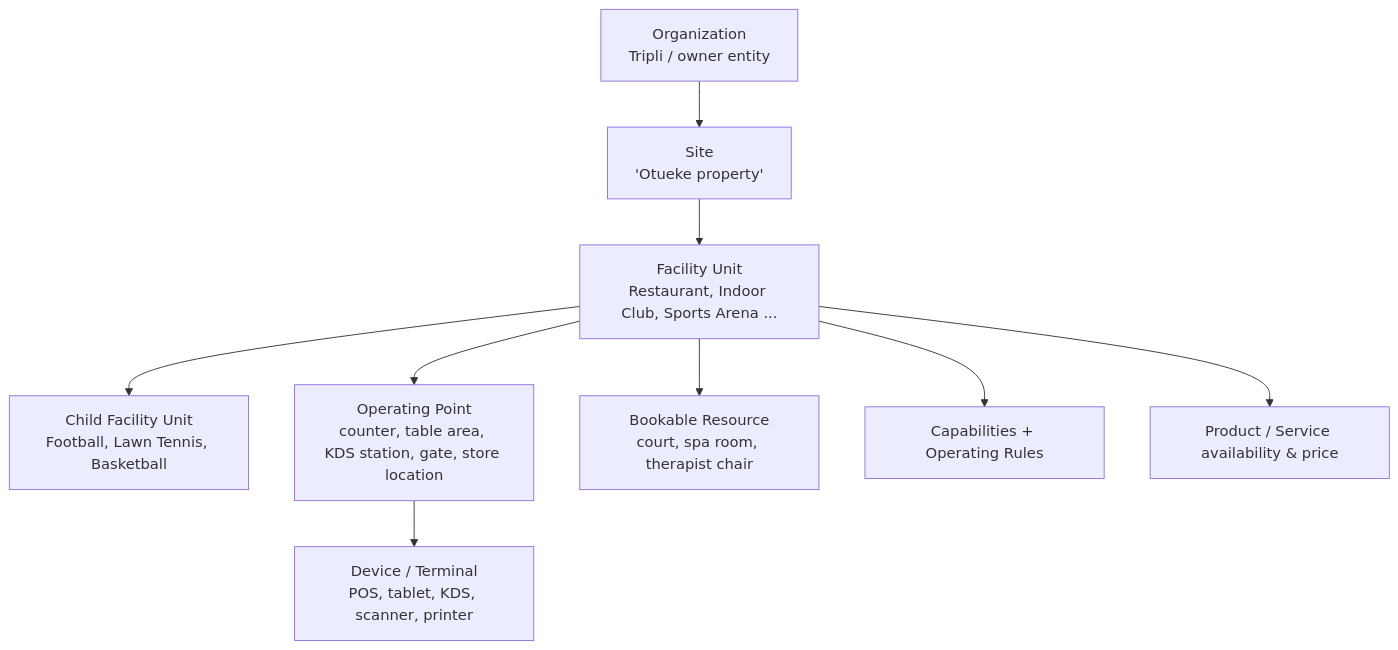
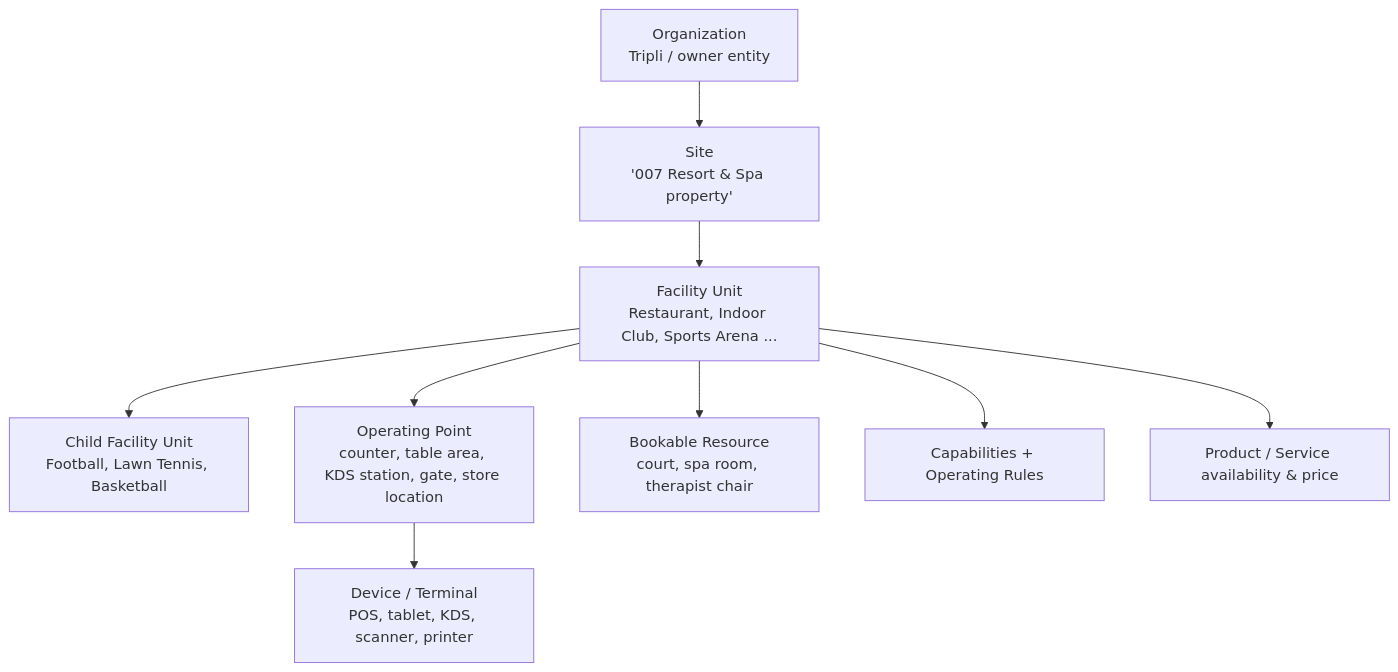
Before and after one commit to prinzderick/007resort-docs: the first of 5 diagrams in architecture/03-domain-model.md, drawn with Mermaid. The commit also changed 33 other files, not shown here.

First line of the commit message:
chore: rename project from Otueke to 007 Resort & Spa (R007)

````diff
--- a/architecture/03-domain-model.md
+++ b/architecture/03-domain-model.md
@@ -9,11 +9,11 @@
 ```mermaid
 flowchart TD
-  O[Organization<br/>Tripli / owner entity] --> S[Site<br/>'Otueke property']
+  O[Organization<br/>Tripli / owner entity] --> S[Site<br/>'007 Resort & Spa property']
   S --> F[Facility Unit<br/>Restaurant, Indoor Club, Sports Arena ...]
   F --> F2[Child Facility Unit<br/>Football, Lawn Tennis, Basketball]
   F --> OP[Operating Point<br/>counter, table area, KDS station, gate, store location]
   F --> R[Bookable Resource<br/>court, spa room, therapist chair]
   OP --> D[Device / Terminal<br/>POS, tablet, KDS, scanner, printer]
   F --> C[Capabilities + Operating Rules]
   F --> P[Product / Service availability & price]
 ```
````
